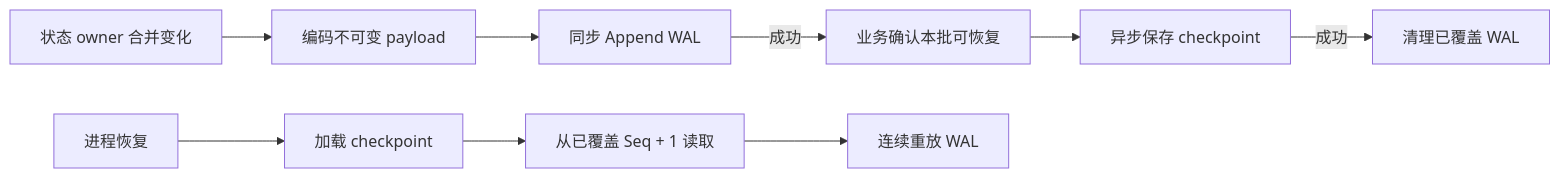
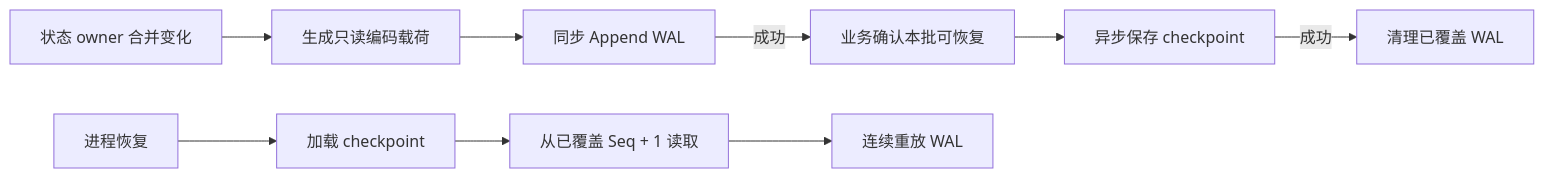
The diagram in docs/design.md (ngnl47/tx), drawn with Mermaid before and after one commit. The commit also changed other lines of this file and 7 other files, not shown here.

First line of the commit message:
docs(architecture): 收敛文档职责与框架术语

````diff
--- a/docs/design.md
+++ b/docs/design.md
@@ -1202,11 +1215,11 @@
 ```mermaid
 flowchart LR
-    A[状态 owner 合并变化] --> B[编码不可变 payload]
+    A[状态 owner 合并变化] --> B[生成只读编码载荷]
     B --> C[同步 Append WAL]
     C -->|成功| D[业务确认本批可恢复]
     D --> E[异步保存 checkpoint]
     E -->|成功| F[清理已覆盖 WAL]
     G[进程恢复] --> H[加载 checkpoint]
     H --> I[从已覆盖 Seq + 1 读取]
     I --> J[连续重放 WAL]
 ```
````
